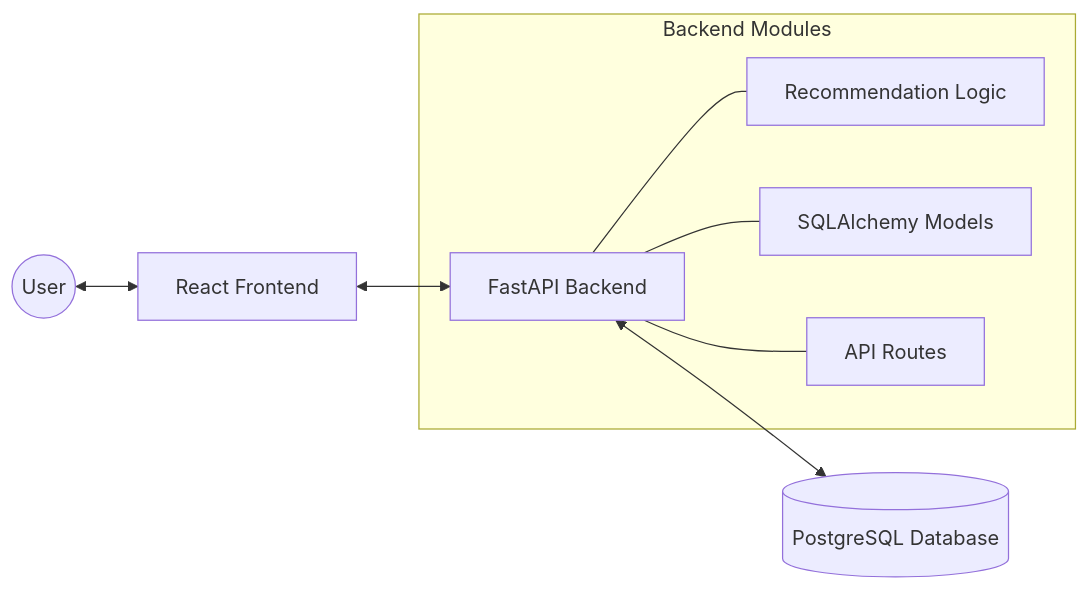
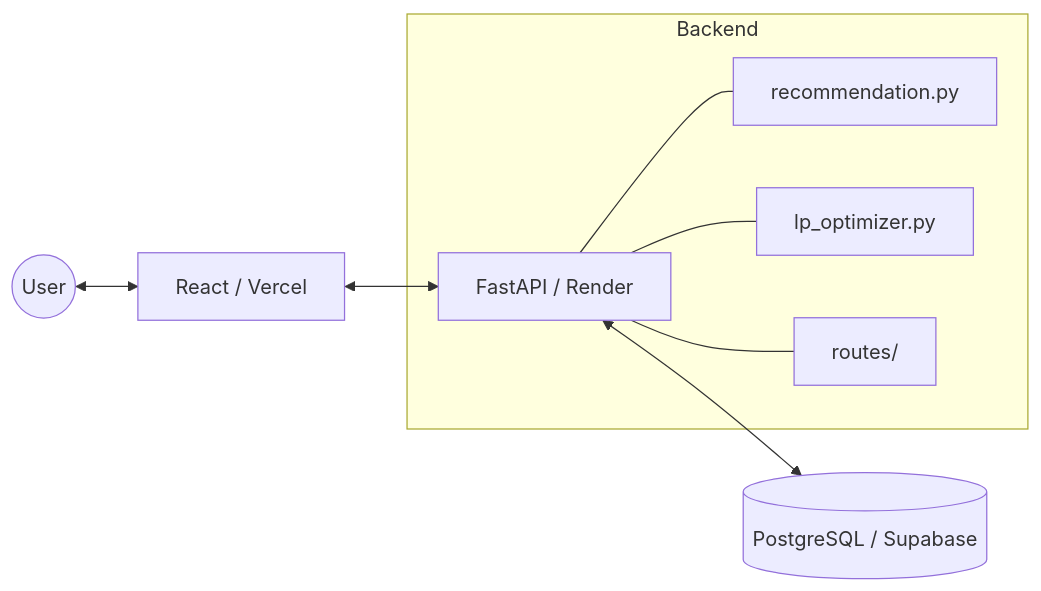
Before and after one commit to AtulACleaver/nutrikart: the second of 2 diagrams in README.md, drawn with Mermaid. The commit also changed other lines of this file and 2 other files, not shown here.

First line of the commit message:
Update READMEs: deployments, LP optimizer & docs

````diff
--- a/README.md
+++ b/README.md
@@ -52,12 +64,12 @@
 ```mermaid
 graph LR
-    User((User)) <--> Frontend[React Frontend]
-    Frontend <--> API[FastAPI Backend]
-    API <--> DB[(PostgreSQL Database)]
-    
-    subgraph "Backend Modules"
-    API --- R[Recommendation Logic]
-    API --- M[SQLAlchemy Models]
-    API --- RT[API Routes]
+    User((User)) <--> FE[React / Vercel]
+    FE <--> API[FastAPI / Render]
+    API <--> DB[(PostgreSQL / Supabase)]
+
+    subgraph "Backend"
+    API --- Rec[recommendation.py]
+    API --- LP[lp_optimizer.py]
+    API --- RT[routes/]
     end
 ```
````
